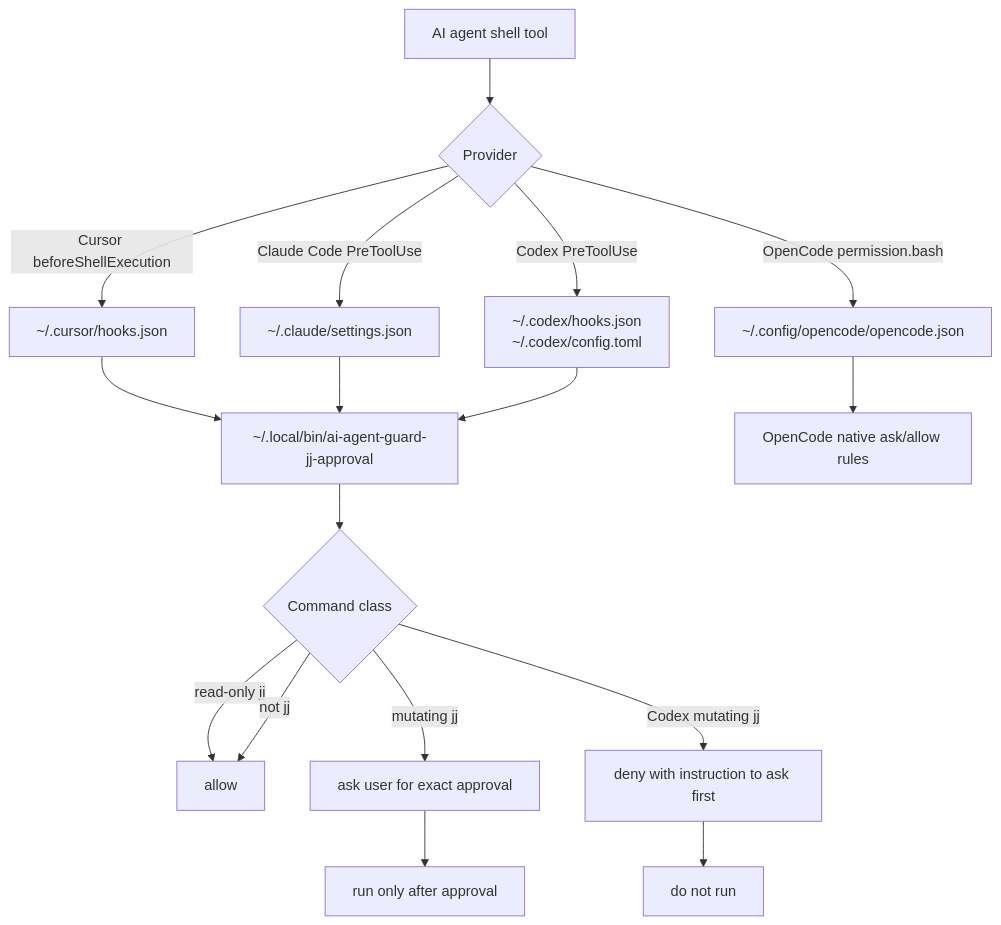
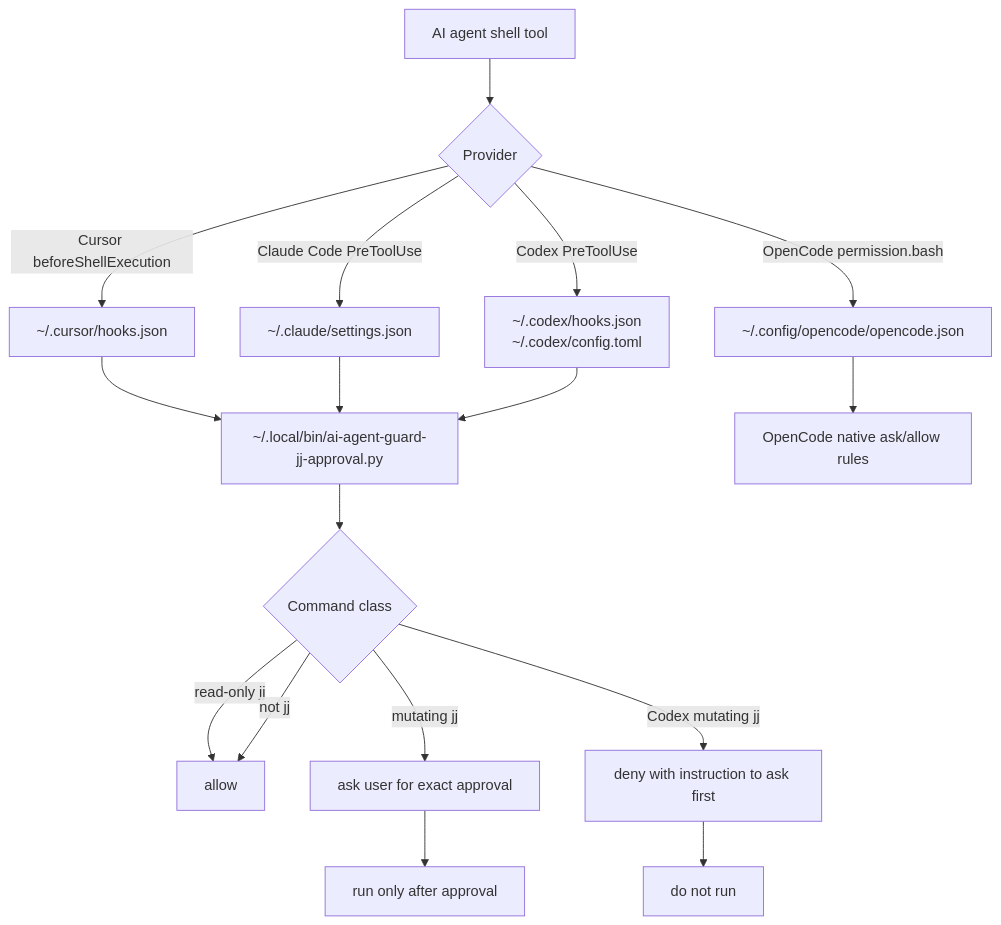
The diagram in Documentation/AI_agent_jj_approval.md (BoscoDomingo/Linux-config), drawn with Mermaid before and after one commit. The commit also changed other lines of this file and 12 other files, not shown here.

````diff
--- a/Documentation/AI_agent_jj_approval.md
+++ b/Documentation/AI_agent_jj_approval.md
@@ -15,23 +13,23 @@
 ```mermaid
 flowchart TD
     agent["AI agent shell tool"] --> provider{"Provider"}
 
     provider -->|Cursor beforeShellExecution| cursor["~/.cursor/hooks.json"]
     provider -->|Claude Code PreToolUse| claude["~/.claude/settings.json"]
     provider -->|Codex PreToolUse| codex["~/.codex/hooks.json\n~/.codex/config.toml"]
     provider -->|OpenCode permission.bash| opencode["~/.config/opencode/opencode.json"]
 
-    cursor --> guard["~/.local/bin/ai-agent-guard-jj-approval"]
+    cursor --> guard["~/.local/bin/ai-agent-guard-jj-approval.py"]
     claude --> guard
     codex --> guard
     opencode --> ask["OpenCode native ask/allow rules"]
 
     guard --> classify{"Command class"}
     classify -->|read-only jj| allow["allow"]
     classify -->|mutating jj| prompt["ask user for exact approval"]
     classify -->|Codex mutating jj| deny["deny with instruction to ask first"]
     classify -->|not jj| allow
 
     prompt --> run["run only after approval"]
     deny --> stop["do not run"]
 ```
````
